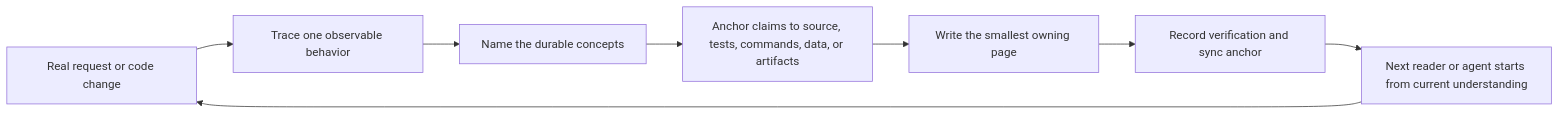
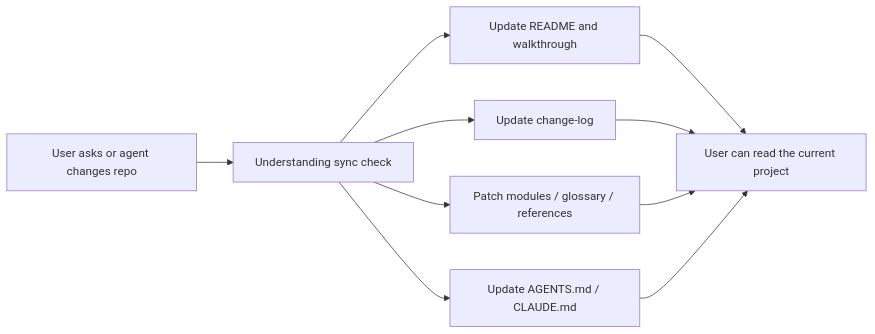
One commit to YurunChen/repo-docs-skills changed the diagram in docs/README.md. Above: the diagram before and after it, drawn with Mermaid. The commit also changed other lines of this file and 3 other files, not shown here.

````diff
--- a/docs/README.md
+++ b/docs/README.md
@@ -88,10 +88,12 @@
 ```mermaid
 flowchart LR
-  A["Real request or code change"] --> B["Trace one observable behavior"]
-  B --> C["Name the durable concepts"]
-  C --> D["Anchor claims to source, tests, commands, data, or artifacts"]
-  D --> E["Write the smallest owning page"]
-  E --> F["Record verification and sync anchor"]
-  F --> G["Next reader or agent starts from current understanding"]
-  G --> A
+  A["User asks or agent changes repo"] --> B["Understanding sync check"]
+  B --> C["Update README and walkthrough"]
+  B --> D["Update change-log"]
+  B --> E["Patch modules / glossary / references"]
+  B --> F["Update AGENTS.md / CLAUDE.md"]
+  C --> G["User can read the current project"]
+  D --> G
+  E --> G
+  F --> G
 ```
````
